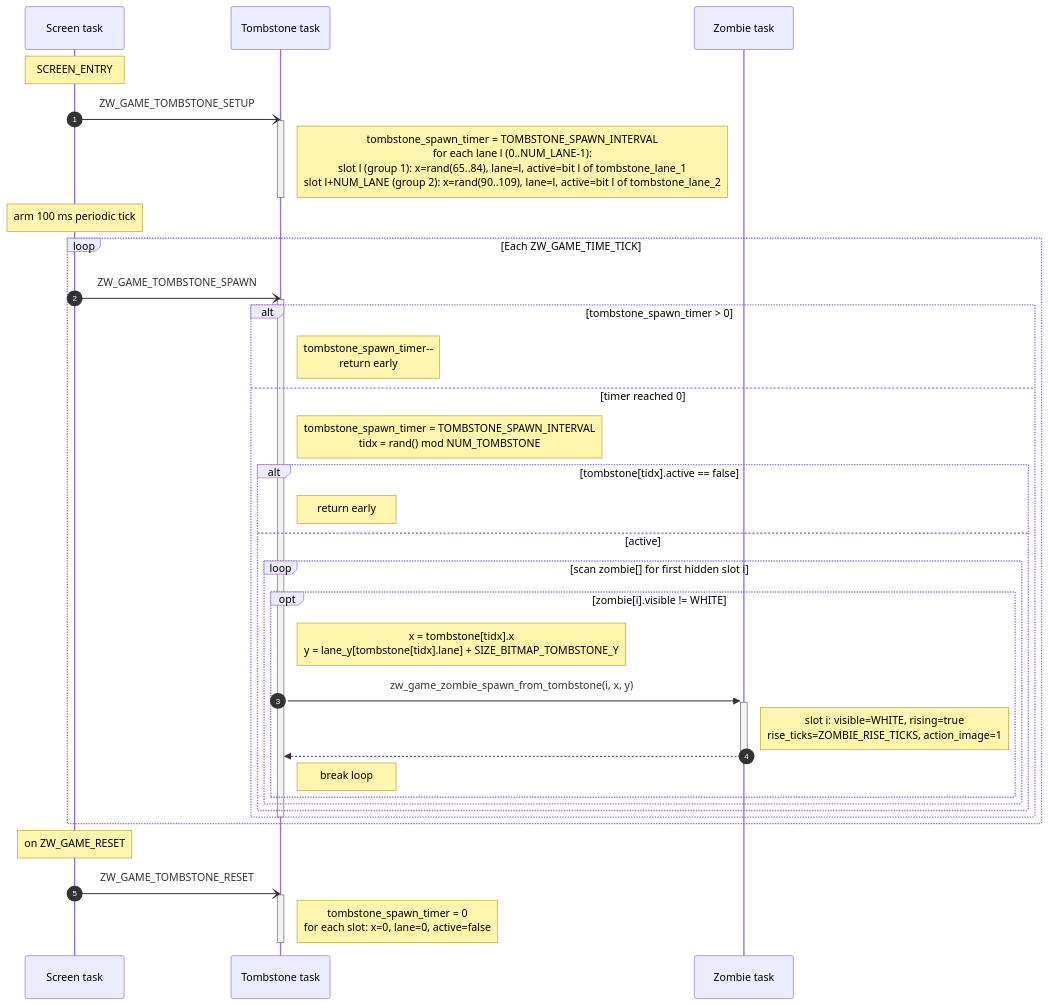
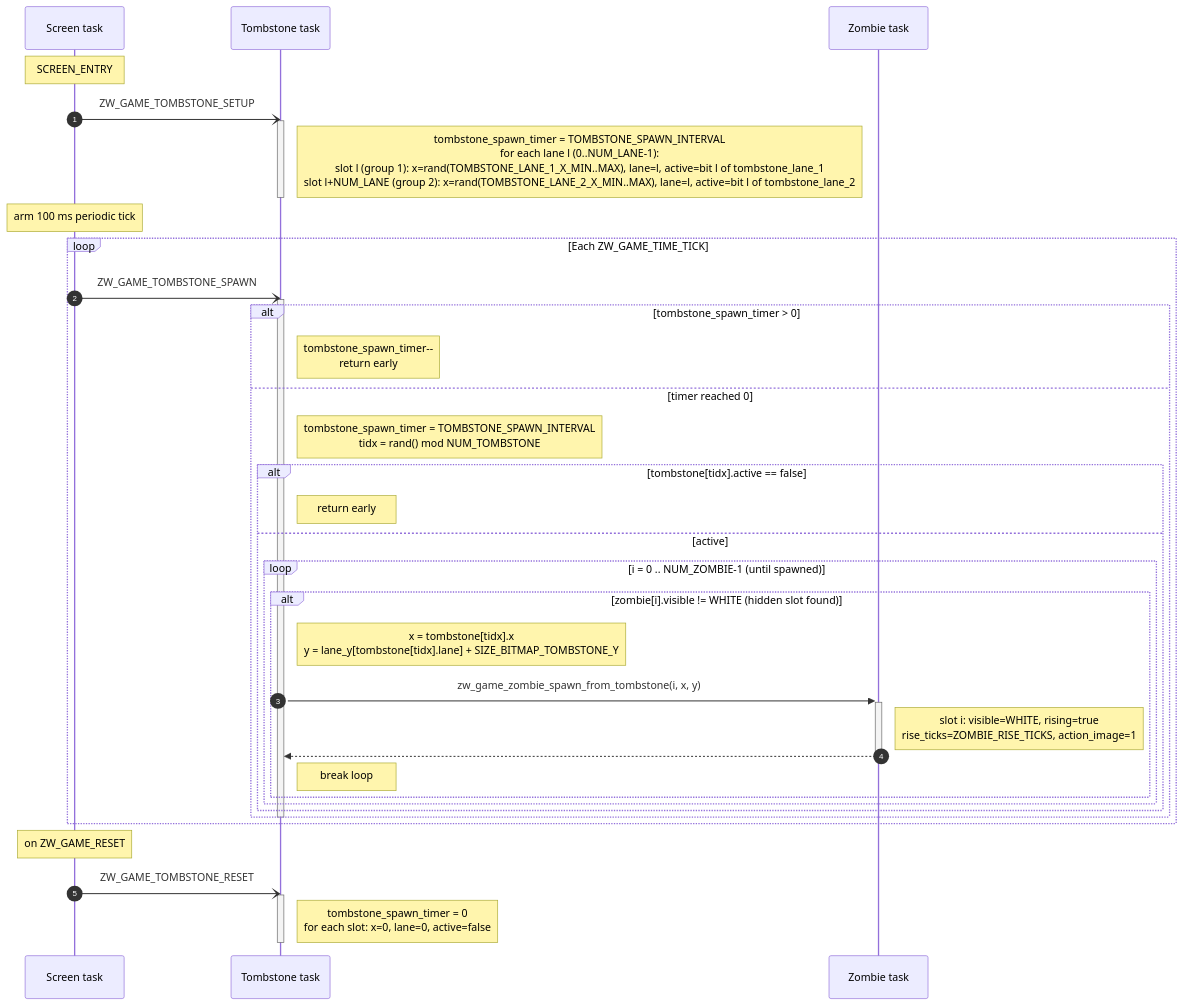
Before and after one commit to caotrongphuoc/mini-clock: the fifth of 7 diagrams in docs/object_sequence.md, drawn with Mermaid. The commit also changed other lines of this file, not shown here.

Commit message:
[UPDATE] objects's sequence follow rules of EDP

````diff
--- a/docs/object_sequence.md
+++ b/docs/object_sequence.md
@@ -279,44 +276,44 @@
 ```mermaid
 sequenceDiagram
     autonumber
     participant Scr as Screen task
     participant Tmb as Tombstone task
     participant Zmb as Zombie task
 
     Note over Scr: SCREEN_ENTRY
     Scr-)Tmb: ZW_GAME_TOMBSTONE_SETUP
     activate Tmb
-    Note right of Tmb: tombstone_spawn_timer = TOMBSTONE_SPAWN_INTERVAL<br/>for each lane l (0..NUM_LANE-1):<br/>  slot l (group 1): x=rand(65..84), lane=l, active=bit l of tombstone_lane_1<br/>  slot l+NUM_LANE (group 2): x=rand(90..109), lane=l, active=bit l of tombstone_lane_2
+    Note right of Tmb: tombstone_spawn_timer = TOMBSTONE_SPAWN_INTERVAL<br/>for each lane l (0..NUM_LANE-1):<br/>  slot l (group 1): x=rand(TOMBSTONE_LANE_1_X_MIN..MAX), lane=l, active=bit l of tombstone_lane_1<br/>  slot l+NUM_LANE (group 2): x=rand(TOMBSTONE_LANE_2_X_MIN..MAX), lane=l, active=bit l of tombstone_lane_2
     deactivate Tmb
     Note over Scr: arm 100 ms periodic tick
 
     loop Each ZW_GAME_TIME_TICK
         Scr-)Tmb: ZW_GAME_TOMBSTONE_SPAWN
         activate Tmb
         alt tombstone_spawn_timer > 0
             Note right of Tmb: tombstone_spawn_timer--<br/>return early
         else timer reached 0
             Note right of Tmb: tombstone_spawn_timer = TOMBSTONE_SPAWN_INTERVAL<br/>tidx = rand() mod NUM_TOMBSTONE
             alt tombstone[tidx].active == false
                 Note right of Tmb: return early
             else active
-                loop scan zombie[] for first hidden slot i
-                    opt zombie[i].visible != WHITE
+                loop i = 0 .. NUM_ZOMBIE-1 (until spawned)
+                    alt zombie[i].visible != WHITE (hidden slot found)
                         Note right of Tmb: x = tombstone[tidx].x<br/>y = lane_y[tombstone[tidx].lane] + SIZE_BITMAP_TOMBSTONE_Y
                         Tmb->>+Zmb: zw_game_zombie_spawn_from_tombstone(i, x, y)
                         Note right of Zmb: slot i: visible=WHITE, rising=true<br/>rise_ticks=ZOMBIE_RISE_TICKS, action_image=1
                         Zmb-->>-Tmb: 
                         Note right of Tmb: break loop
                     end
                 end
             end
         end
         deactivate Tmb
     end
 
     Note over Scr: on ZW_GAME_RESET
     Scr-)Tmb: ZW_GAME_TOMBSTONE_RESET
     activate Tmb
     Note right of Tmb: tombstone_spawn_timer = 0<br/>for each slot: x=0, lane=0, active=false
     deactivate Tmb
 ```
````
